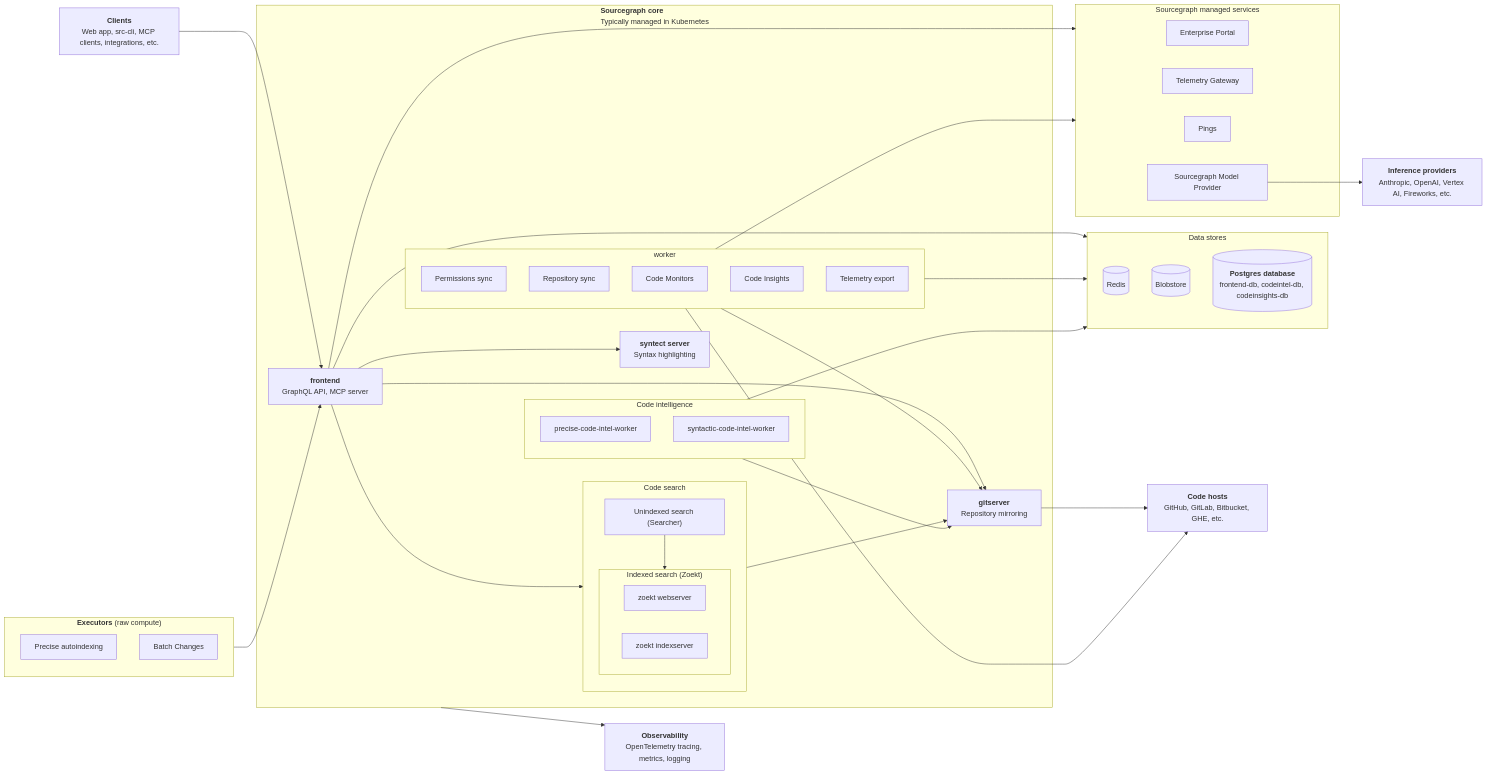
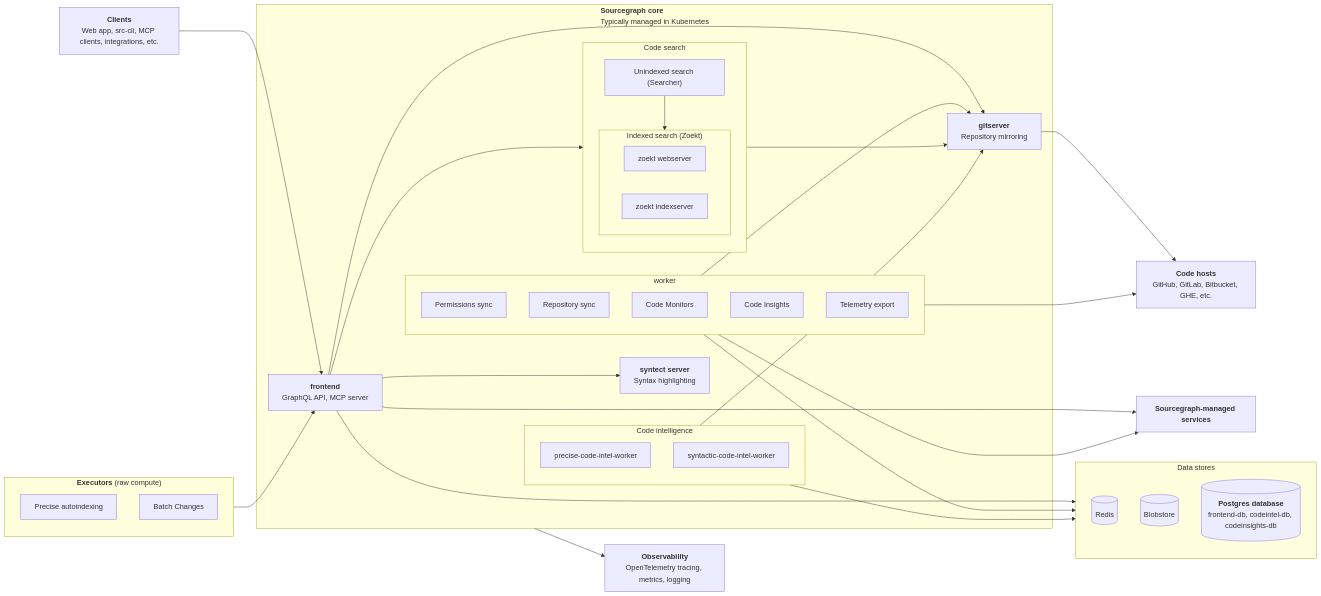
Before and after one commit to sourcegraph/docs: the first of 8 diagrams in docs/admin/architecture.mdx, drawn with Mermaid. The commit also changed other lines of this file, not shown here.

First line of the commit message:
docs: clarify services gateway architecture (#2104)

````diff
--- a/docs/admin/architecture.mdx
+++ b/docs/admin/architecture.mdx
@@ -77,18 +77,8 @@
     %% External dependencies (right side)
     CodeHosts["<b>Code hosts</b><br/>GitHub, GitLab, Bitbucket, GHE, etc."]
 
-	subgraph ManagedServices["Sourcegraph&nbsp;managed&nbsp;services"]
-		EnterprisePortal["Enterprise Portal"]
-        click EnterprisePortal "#enterprise-portal"
-		TelemetryGateway["Telemetry Gateway"]
-        click TelemetryGateway "#analytics-and-telemetry"
-		Pings["Pings"]
-        click Pings "#analytics-and-telemetry"
-		ModelProvider["Sourcegraph Model Provider"]
-        click ModelProvider "#model-provider"
-	end
-
-    InferenceProviders["<b>Inference providers</b><br />Anthropic, OpenAI, Vertex AI, Fireworks, etc."]
+    ManagedServices["<b>Sourcegraph-managed services</b>"]
+    click ManagedServices "#connections-to-sourcegraph-managed-services"
 
     Observability["<b>Observability</b><br />OpenTelemetry tracing, metrics, logging"]
     click Observability "#observability"
@@ -116,6 +106,4 @@
     CodeIntel ---> Storage
 
     Gitserver --> CodeHosts
-
-	ModelProvider --> InferenceProviders
 ```
````
